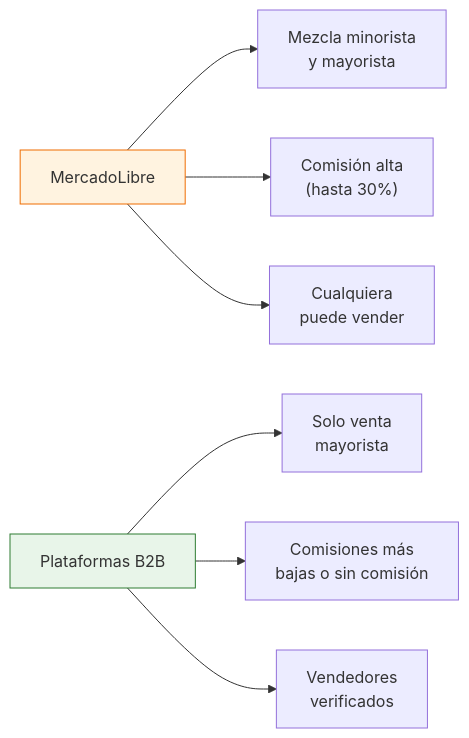
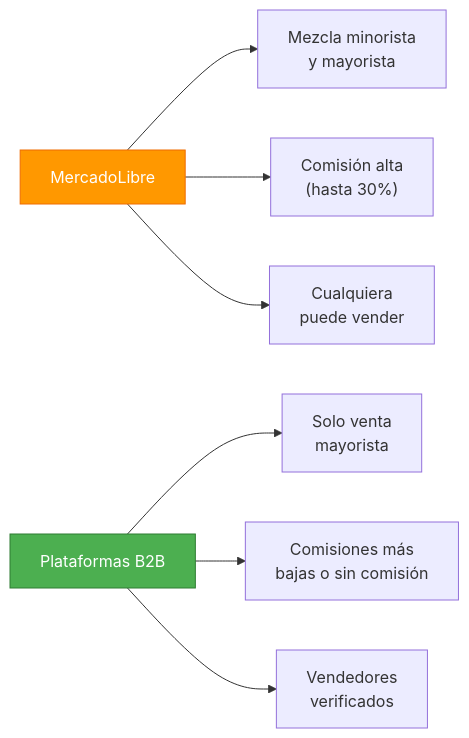
The diagram in app/paso1-argentina/encontrar-fabricas/plataformas-b2b-mayoristas.mdx (barrosignacioezequiel-coder/docs), drawn with Mermaid before and after one commit. The commit also changed 66 other files, not shown here.

First line of the commit message:
fix: resolve Mermaid v11 numbered list errors + improve contrast

````diff
--- a/app/paso1-argentina/encontrar-fabricas/plataformas-b2b-mayoristas.mdx
+++ b/app/paso1-argentina/encontrar-fabricas/plataformas-b2b-mayoristas.mdx
@@ -101,13 +101,13 @@
 ```mermaid
 graph LR
     A["MercadoLibre"] --> B["Mezcla minorista<br/>y mayorista"]
     A --> C["Comisión alta<br/>(hasta 30%)"]
     A --> D["Cualquiera<br/>puede vender"]
 
     E["Plataformas B2B"] --> F["Solo venta<br/>mayorista"]
     E --> G["Comisiones más<br/>bajas o sin comisión"]
     E --> H["Vendedores<br/>verificados"]
 
-    style A fill:#fff3e0,stroke:#ef6c00
-    style E fill:#e8f5e9,stroke:#2e7d32
+    style A fill:#ff9800,stroke:#ef6c00,color:#fff
+    style E fill:#4caf50,stroke:#2e7d32,color:#fff
 ```
````
